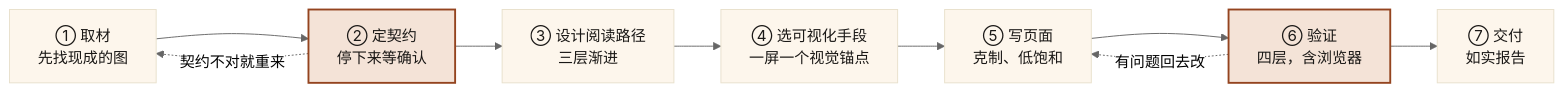
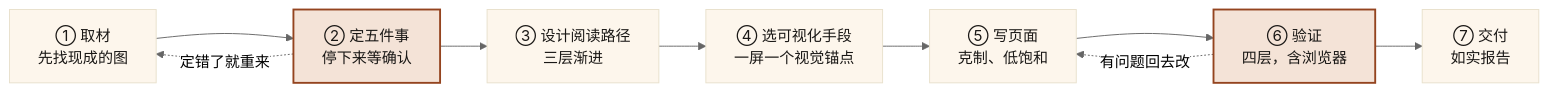
One commit to edc3000/html-visual-reading changed the diagram in README.md. Above: the diagram before and after it, drawn with Mermaid (neutral theme). The commit also changed other lines of this file and 9 other files, not shown here.

````diff
--- a/README.md
+++ b/README.md
@@ -195,19 +195,19 @@
 ```mermaid
 flowchart LR
-    A["① 取材<br/>先找现成的图"] --> B["② 定契约<br/>停下来等确认"]
+    A["① 取材<br/>先找现成的图"] --> B["② 定五件事<br/>停下来等确认"]
     B --> C["③ 设计阅读路径<br/>三层渐进"]
     C --> D["④ 选可视化手段<br/>一屏一个视觉锚点"]
     D --> E["⑤ 写页面<br/>克制、低饱和"]
     E --> F["⑥ 验证<br/>四层，含浏览器"]
     F --> G["⑦ 交付<br/>如实报告"]
-    B -. 契约不对就重来 .-> A
+    B -. 定错了就重来 .-> A
     F -. 有问题回去改 .-> E
 
     style A fill:#FDF6EC,stroke:#E8E0CC,color:#1A1816
     style B fill:#F4E3D7,stroke:#94441F,stroke-width:2px,color:#1A1816
     style C fill:#FDF6EC,stroke:#E8E0CC,color:#1A1816
     style D fill:#FDF6EC,stroke:#E8E0CC,color:#1A1816
     style E fill:#FDF6EC,stroke:#E8E0CC,color:#1A1816
     style F fill:#F4E3D7,stroke:#94441F,stroke-width:2px,color:#1A1816
     style G fill:#FDF6EC,stroke:#E8E0CC,color:#1A1816
 ```
````
